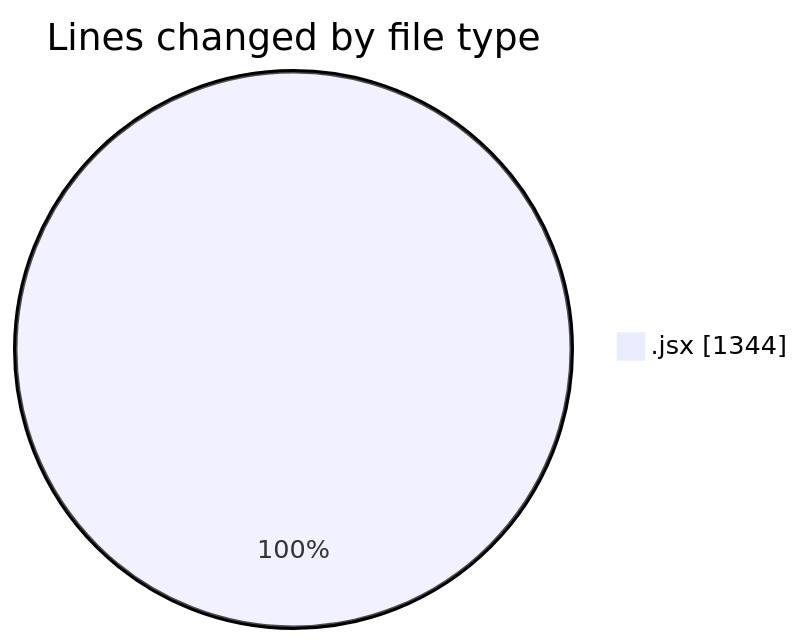
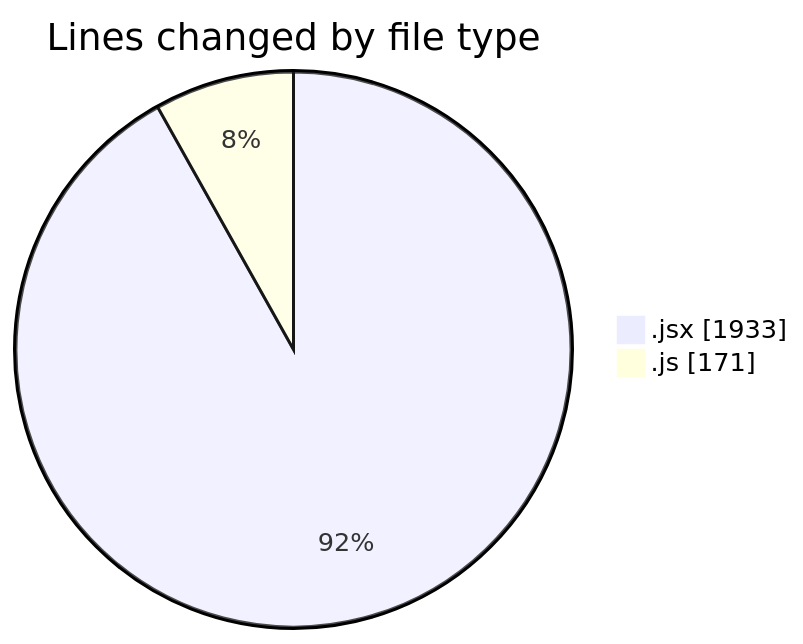
One commit to nxtqubesakshisongat/code-tracking changed the first of 2 diagrams in 2025-11-13/argos/README.md. Above: the diagram before and after it, drawn with Mermaid. The commit also changed other lines of this file and 1 other file, not shown here.

````diff
--- a/2025-11-13/argos/README.md
+++ b/2025-11-13/argos/README.md
@@ -23,5 +25,6 @@
 ```mermaid
 pie showData
 title Lines changed by file type
-".jsx" : 1344
+".jsx" : 1933
+".js" : 171
 ```
````
